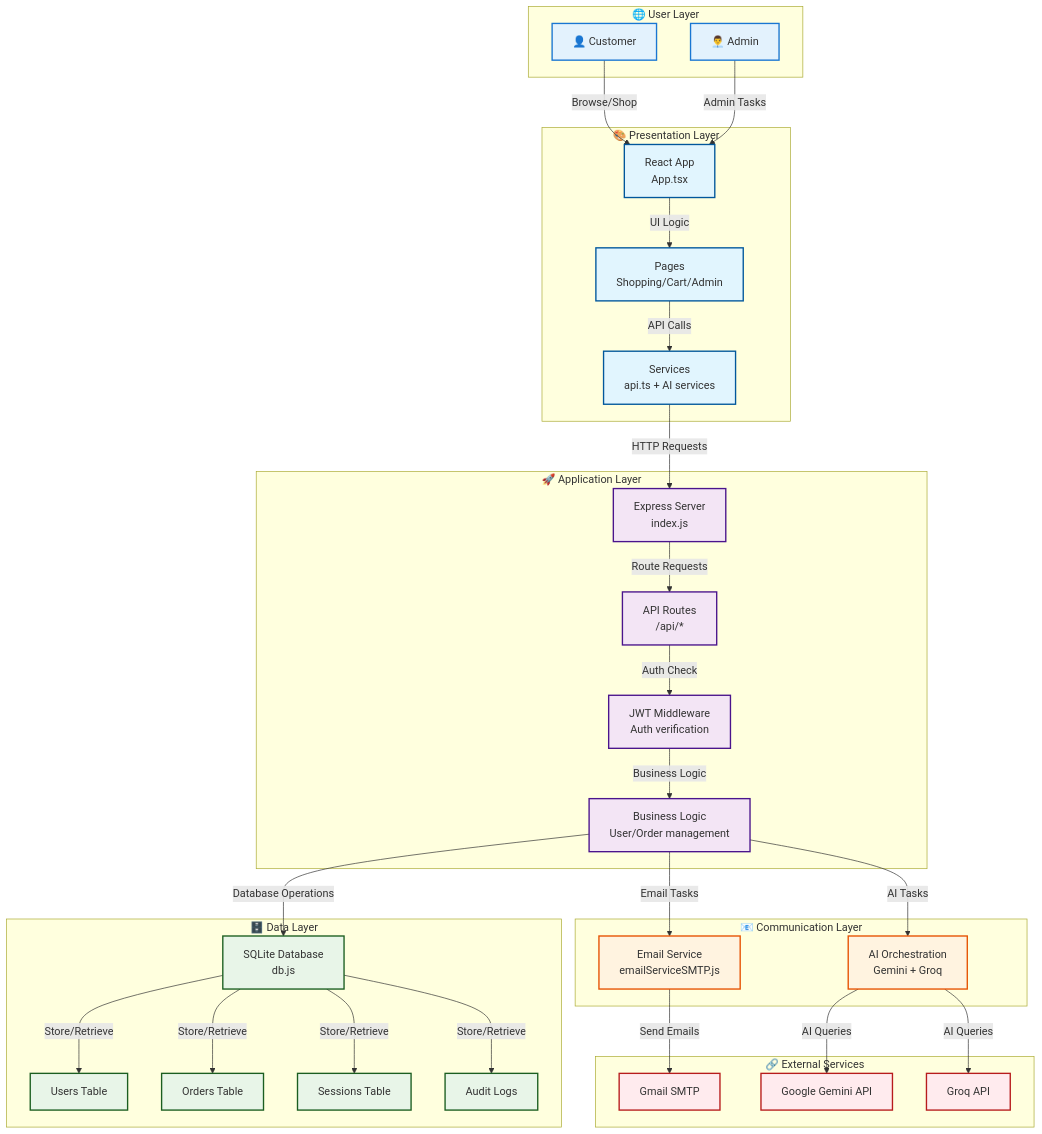
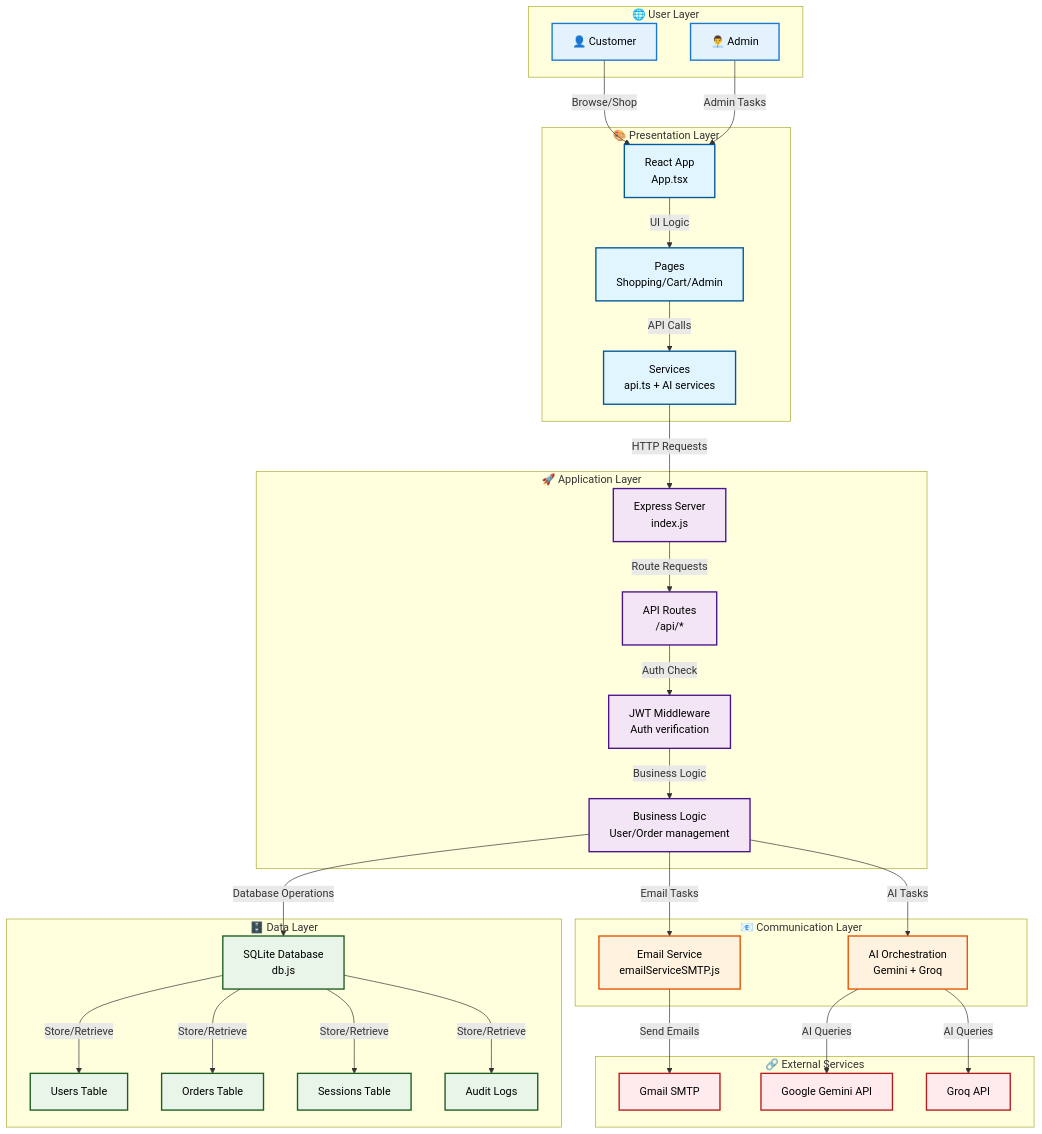
One commit to DebasmitaBose0/ClickBazaar changed the fourth of 7 diagrams in ARCHITECTURE.md. Above: the diagram before and after it, drawn with Mermaid. The commit also changed other lines of this file, not shown here.

```diff
--- a/ARCHITECTURE.md
+++ b/ARCHITECTURE.md
@@ -371,12 +371,12 @@
     B4 -->|AI Tasks| E2
 
     %% Styling
-    classDef user fill:#e3f2fd,stroke:#1976d2,stroke-width:2px
-    classDef frontend fill:#e1f5fe,stroke:#01579b,stroke-width:2px
-    classDef backend fill:#f3e5f5,stroke:#4a148c,stroke-width:2px
-    classDef services fill:#fff3e0,stroke:#e65100,stroke-width:2px
-    classDef database fill:#e8f5e8,stroke:#1b5e20,stroke-width:2px
-    classDef external fill:#ffebee,stroke:#b71c1c,stroke-width:2px
+    classDef user fill:#e3f2fd,stroke:#1976d2,stroke-width:2px,color:#000000
+    classDef frontend fill:#e1f5fe,stroke:#01579b,stroke-width:2px,color:#000000
+    classDef backend fill:#f3e5f5,stroke:#4a148c,stroke-width:2px,color:#000000
+    classDef services fill:#fff3e0,stroke:#e65100,stroke-width:2px,color:#000000
+    classDef database fill:#e8f5e8,stroke:#1b5e20,stroke-width:2px,color:#000000
+    classDef external fill:#ffebee,stroke:#b71c1c,stroke-width:2px,color:#000000
 
     class U1,U2 user
     class F1,F2,F3 frontend
```
